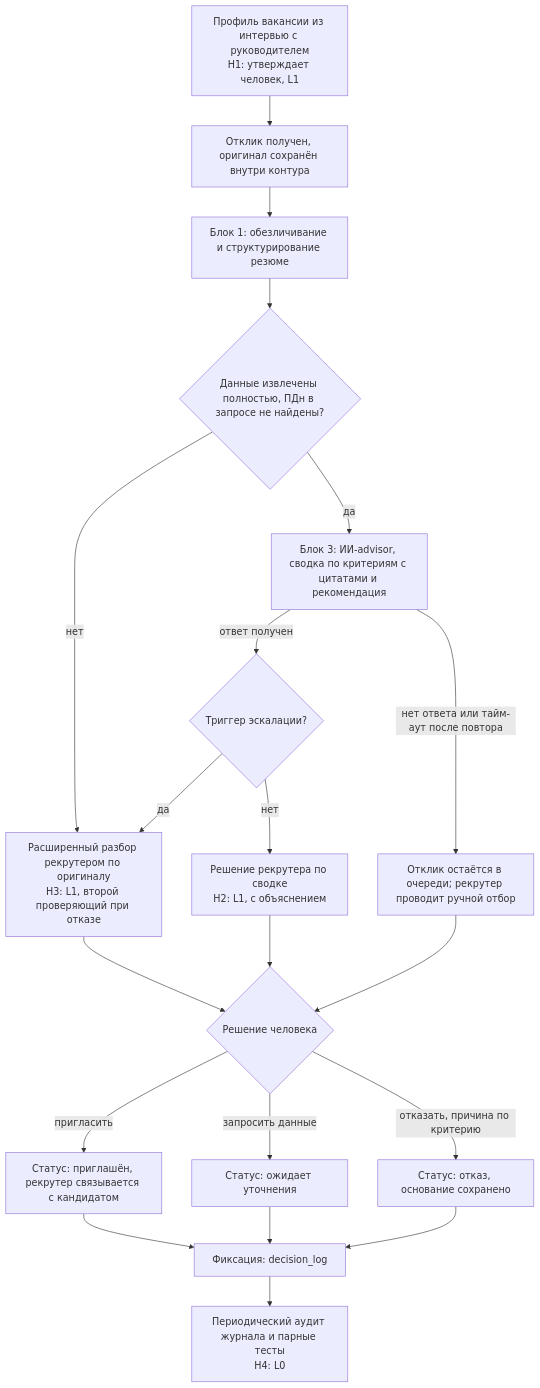
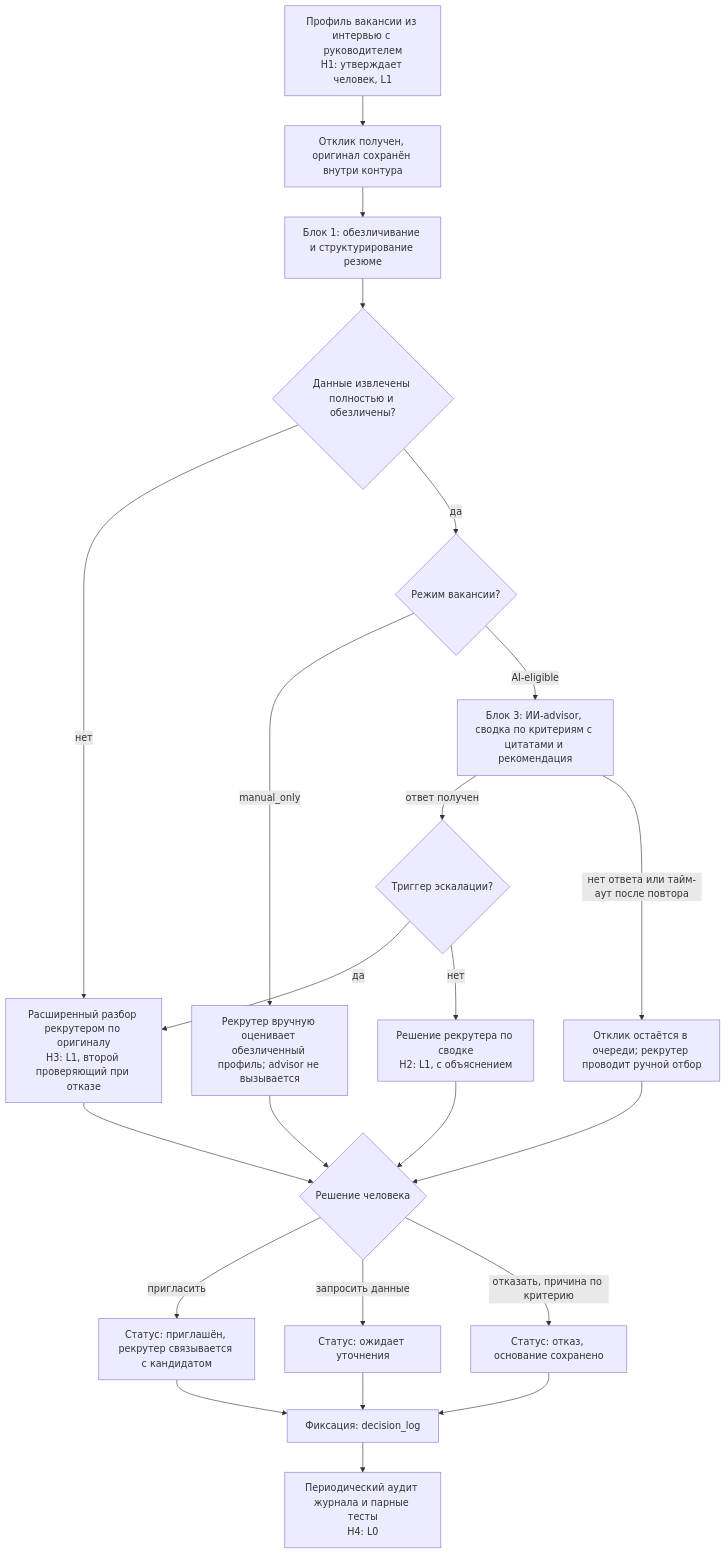
The first of 2 diagrams in docs/03_tobe_architecture.md (artemiy-0/team-hiring-04), drawn with Mermaid before and after one commit. The commit also changed other lines of this file and 16 other files, not shown here.

````diff
--- a/docs/03_tobe_architecture.md
+++ b/docs/03_tobe_architecture.md
@@ -20,22 +20,25 @@
 ```mermaid
 flowchart TD
     V["Профиль вакансии из интервью с руководителем<br/>H1: утверждает человек, L1"] --> S
     S["Отклик получен, оригинал сохранён внутри контура"] --> B1["Блок 1: обезличивание и структурирование резюме"]
-    B1 --> R{"Данные извлечены полностью, ПДн в запросе не найдены?"}
+    B1 --> R{"Данные извлечены полностью и обезличены?"}
     R -->|"нет"| H3
-    R -->|"да"| M["Блок 3: ИИ-advisor, сводка по критериям с цитатами и рекомендация"]
+    R -->|"да"| VC{"Режим вакансии?"}
+    VC -->|"manual_only"| MAN["Рекрутер вручную оценивает обезличенный профиль; advisor не вызывается"]
+    VC -->|"AI-eligible"| M["Блок 3: ИИ-advisor, сводка по критериям с цитатами и рекомендация"]
     M -->|"ответ получен"| C{"Триггер эскалации?"}
     M -->|"нет ответа или тайм-аут после повтора"| Q["Отклик остаётся в очереди; рекрутер проводит ручной отбор"]
     C -->|"да"| H3["Расширенный разбор рекрутером по оригиналу<br/>H3: L1, второй проверяющий при отказе"]
     C -->|"нет"| H2["Решение рекрутера по сводке<br/>H2: L1, с объяснением"]
     H2 --> D{"Решение человека"}
     H3 --> D
     Q --> D
+    MAN --> D
     D -->|"пригласить"| INV["Статус: приглашён, рекрутер связывается с кандидатом"]
     D -->|"запросить данные"| ASK["Статус: ожидает уточнения"]
     D -->|"отказать, причина по критерию"| REJ["Статус: отказ, основание сохранено"]
     INV --> F["Фиксация: decision_log"]
     ASK --> F
     REJ --> F
     F --> H4["Периодический аудит журнала и парные тесты<br/>H4: L0"]
 ```
````
